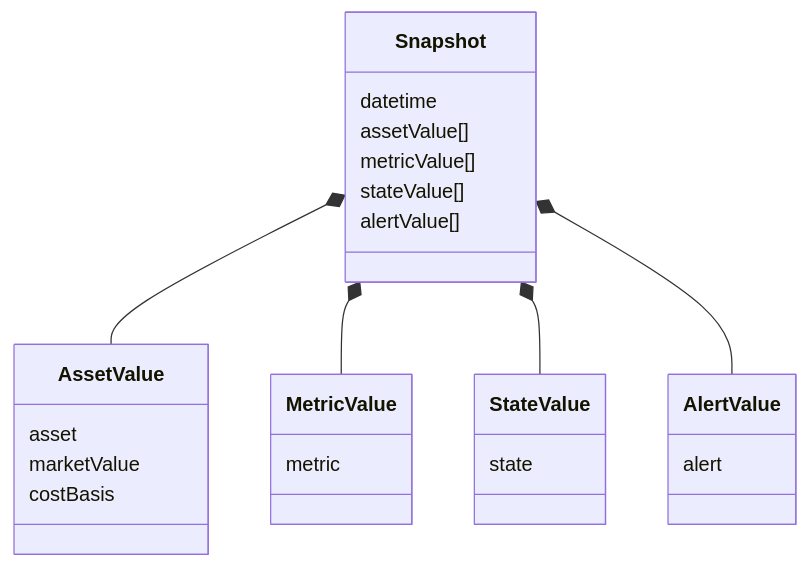
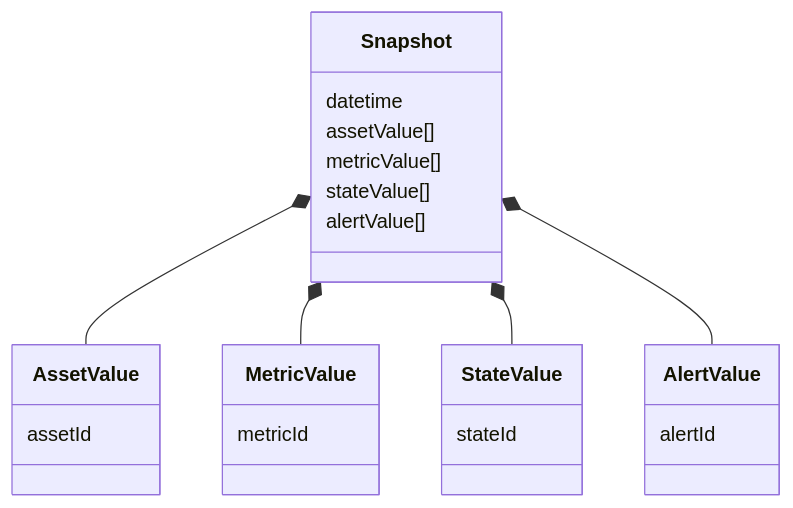
The fifth of 6 diagrams in README.md (hmzk0312/FinancesDSL), drawn with Mermaid before and after one commit. The commit also changed other lines of this file, not shown here.

````diff
--- a/README.md
+++ b/README.md
@@ -175,34 +175,32 @@
 ```mermaid
 classDiagram
     Snapshot *-- AssetValue
     Snapshot *-- MetricValue
     Snapshot *-- StateValue
     Snapshot *-- AlertValue
 
 class Snapshot{
     datetime
     assetValue[]
     metricValue[]
     stateValue[]
     alertValue[]
 }
 
 class AssetValue{
-    asset
-    marketValue
-    costBasis
+    assetId
 }
 
 class MetricValue{
-    metric
+    metricId
 }
 
 class StateValue{
-    state
+    stateId
 }
 
 class AlertValue{
-    alert
+    alertId
 }
 
 ```
````
